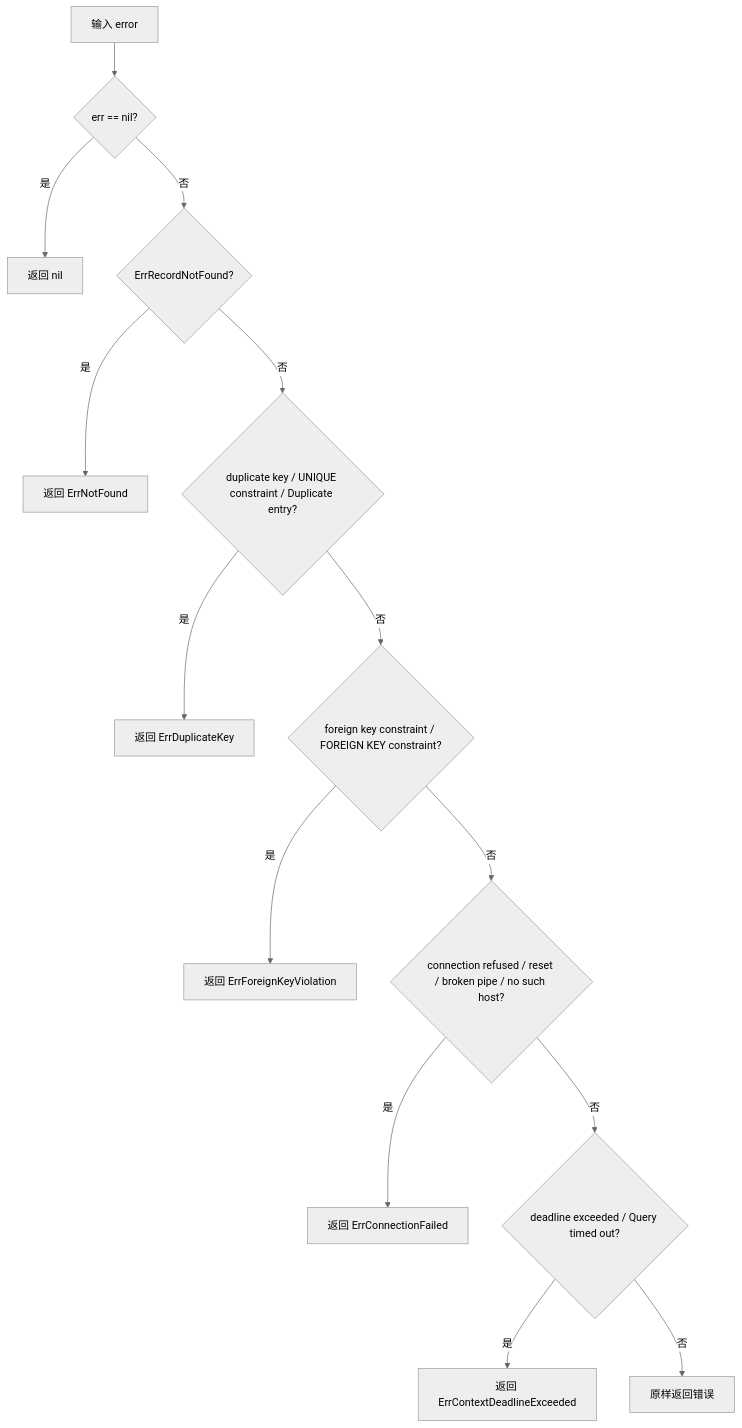
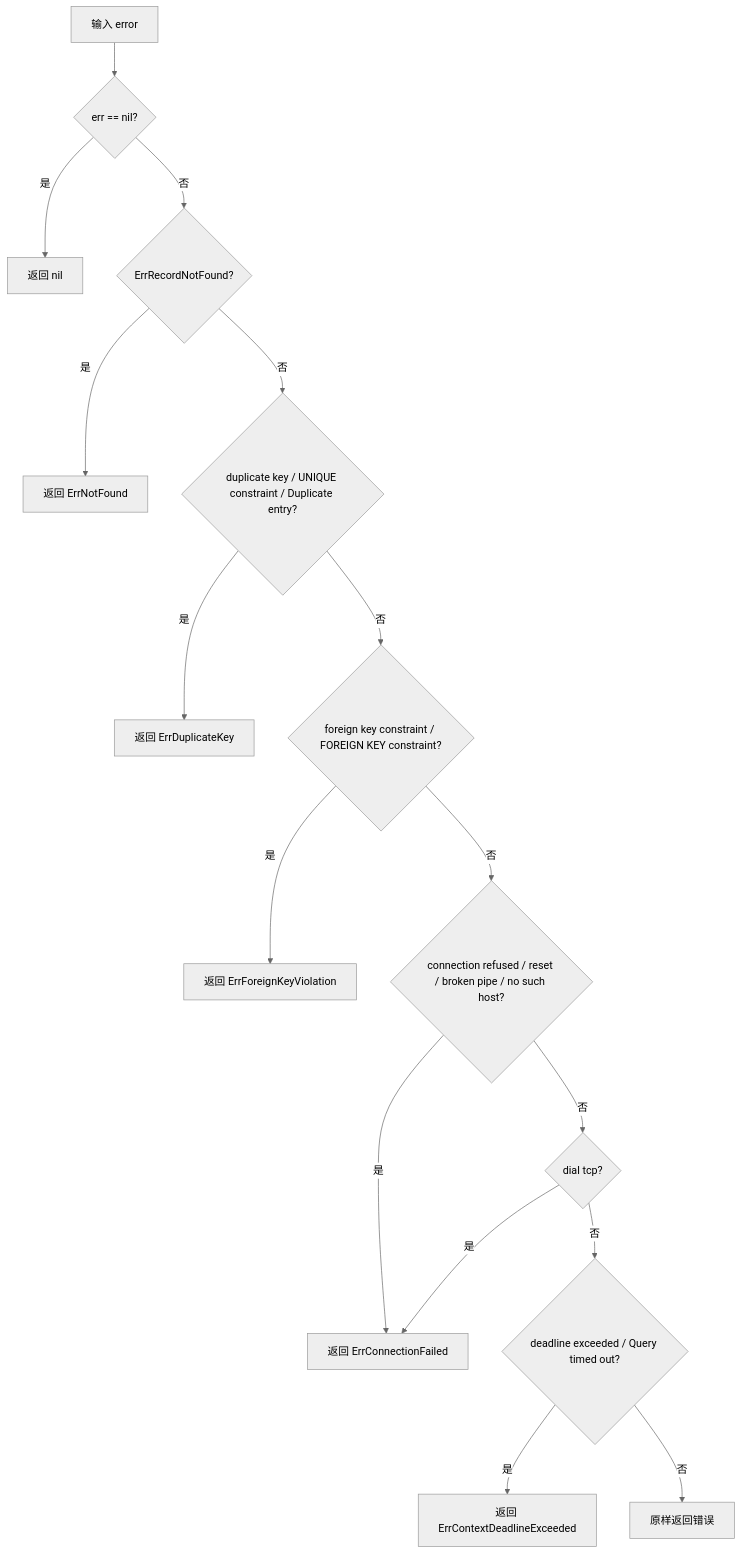
One commit to PineappleBond/xyncra-server changed the tenth of 15 diagrams in wiki/flows/storage.md. Above: the diagram before and after it, drawn with Mermaid (neutral theme). The commit also changed other lines of this file and 6 other files, not shown here.

````diff
--- a/wiki/flows/storage.md
+++ b/wiki/flows/storage.md
@@ -552,16 +554,18 @@
 ```mermaid
 flowchart TD
     A[输入 error] --> B{err == nil?}
     B -->|是| C[返回 nil]
     B -->|否| D{ErrRecordNotFound?}
     D -->|是| E[返回 ErrNotFound]
     D -->|否| F{duplicate key / UNIQUE constraint / Duplicate entry?}
     F -->|是| G[返回 ErrDuplicateKey]
     F -->|否| H{foreign key constraint / FOREIGN KEY constraint?}
     H -->|是| I[返回 ErrForeignKeyViolation]
     H -->|否| J{connection refused / reset / broken pipe / no such host?}
     J -->|是| K[返回 ErrConnectionFailed]
-    J -->|否| L{deadline exceeded / Query timed out?}
+    J -->|否| J2{dial tcp?}
+    J2 -->|是| K
+    J2 -->|否| L{deadline exceeded / Query timed out?}
     L -->|是| M[返回 ErrContextDeadlineExceeded]
     L -->|否| N[原样返回错误]
 ```
````
